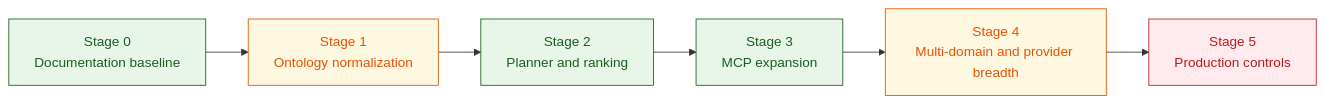
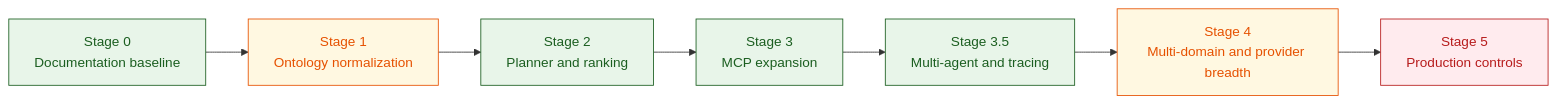
One commit to wchen-dea/Agentic-AI-Healthcare-GraphRAG changed the diagram in docs/future_improvements.md. Above: the diagram before and after it, drawn with Mermaid. The commit also changed other lines of this file and 26 other files, not shown here.

````diff
--- a/docs/future_improvements.md
+++ b/docs/future_improvements.md
@@ -94,19 +99,20 @@
 ```mermaid
 flowchart LR
 	S0[Stage 0\nDocumentation baseline]
 	S1[Stage 1\nOntology normalization]
 	S2[Stage 2\nPlanner and ranking]
 	S3[Stage 3\nMCP expansion]
+	S35[Stage 3.5\nMulti-agent and tracing]
 	S4[Stage 4\nMulti-domain and provider breadth]
 	S5[Stage 5\nProduction controls]
 
-	S0 --> S1 --> S2 --> S3 --> S4 --> S5
+	S0 --> S1 --> S2 --> S3 --> S35 --> S4 --> S5
 
 	classDef done fill:#e8f5e9,stroke:#1b5e20,stroke-width:1px,color:#1b5e20;
 	classDef progress fill:#fff8e1,stroke:#e65100,stroke-width:1px,color:#e65100;
 	classDef pending fill:#ffebee,stroke:#b71c1c,stroke-width:1px,color:#b71c1c;
 
-	class S0,S2,S3 done;
+	class S0,S2,S3,S35 done;
 	class S1,S4 progress;
 	class S5 pending;
 ```
````
